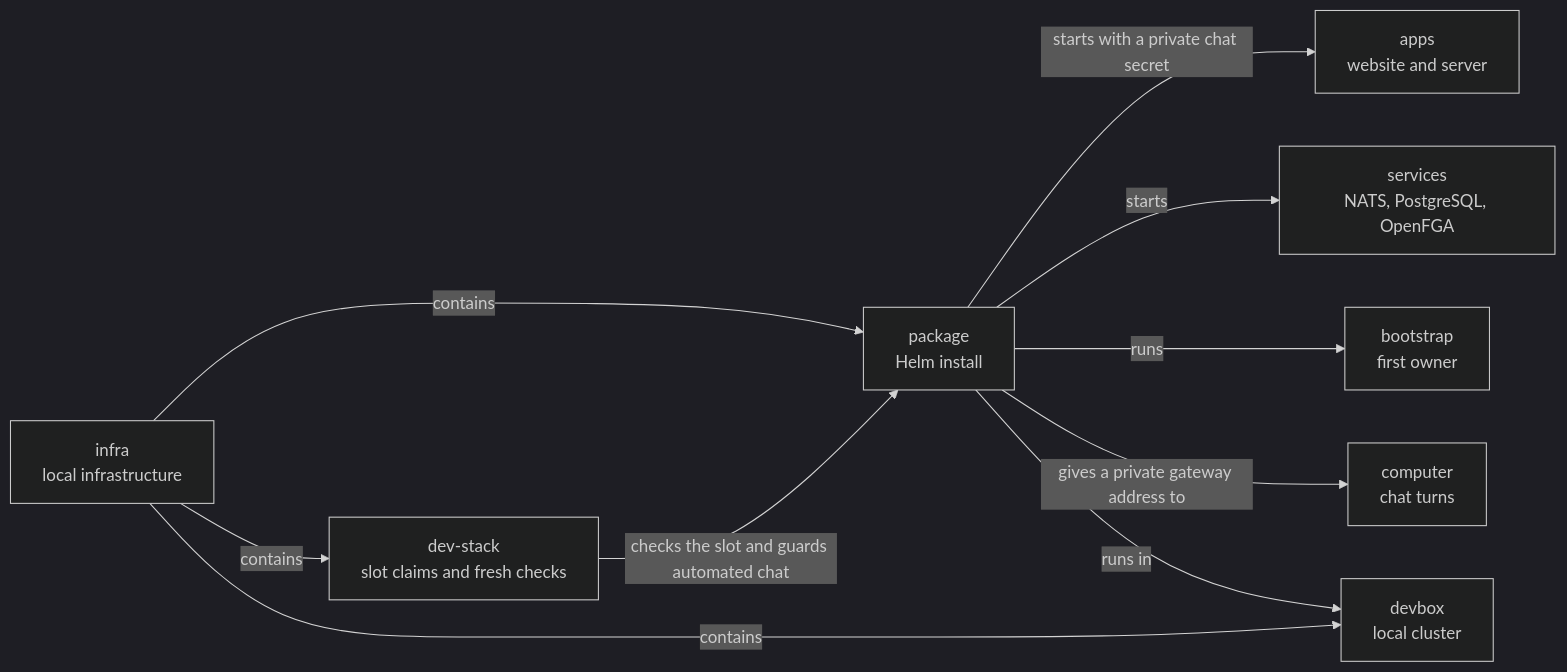
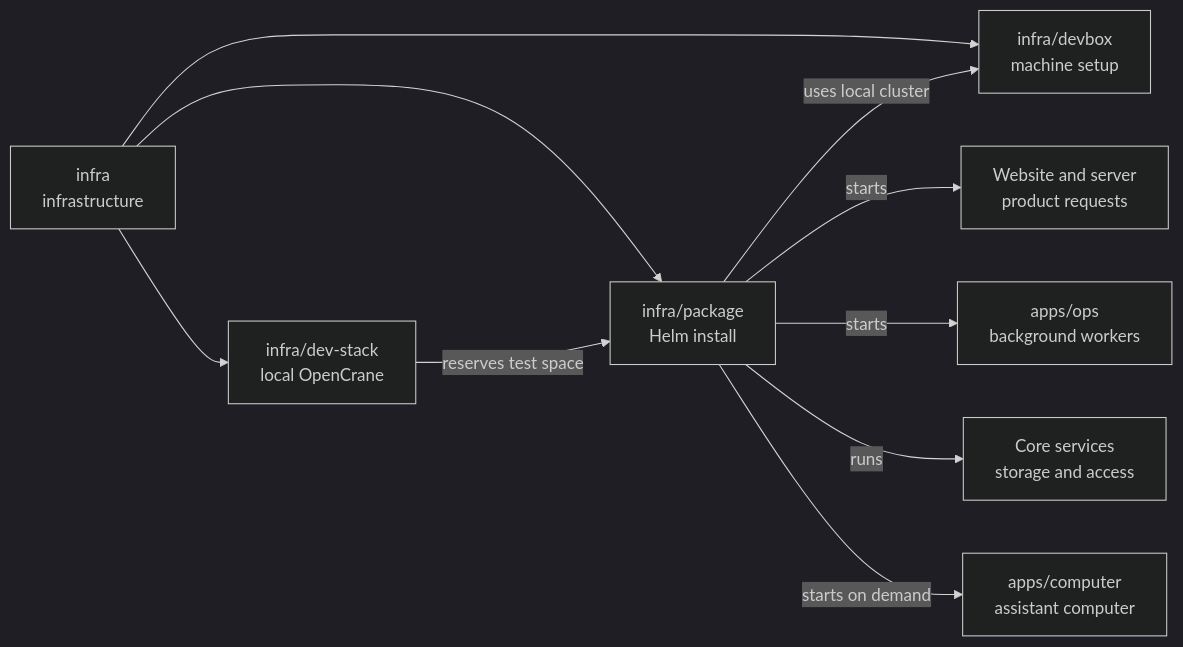
The diagram in infra/package/README.md (elewa-git/opencrane-new), drawn with Mermaid (dark theme) before and after one commit. The commit also changed other lines of this file and 16 other files, not shown here.

````diff
--- a/infra/package/README.md
+++ b/infra/package/README.md
@@ -18,12 +18,12 @@
 ```mermaid
 flowchart LR
-  infra["infra<br/>local infrastructure"] -->|contains| package["package<br/>Helm install"]
-  infra -->|contains| stack["dev-stack<br/>slot claims and fresh checks"]
-  infra -->|contains| devbox["devbox<br/>local cluster"]
-  stack -->|checks the slot and guards automated chat| package
-  package -->|starts with a private chat secret| apps["apps<br/>website and server"]
-  package -->|starts| services["services<br/>NATS, PostgreSQL, OpenFGA"]
-  package -->|runs| bootstrap["bootstrap<br/>first owner"]
-  package -->|gives a private gateway address to| computer["computer<br/>chat turns"]
-  package -->|runs in| devbox
+  infra["infra<br/>infrastructure"] --> package["infra/package<br/>Helm install"]
+  infra --> stack["infra/dev-stack<br/>local OpenCrane"]
+  infra --> devbox["infra/devbox<br/>machine setup"]
+  stack -->|reserves test space| package
+  package -->|uses local cluster| devbox
+  package -->|starts| apps["Website and server<br/>product requests"]
+  package -->|starts| workers["apps/ops<br/>background workers"]
+  package -->|runs| services["Core services<br/>storage and access"]
+  package -->|starts on demand| computer["apps/computer<br/>assistant computer"]
 ```
````
